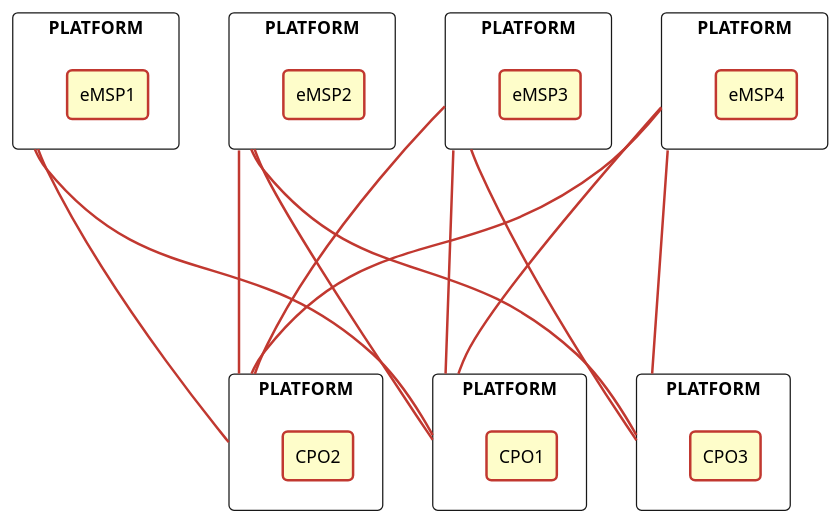
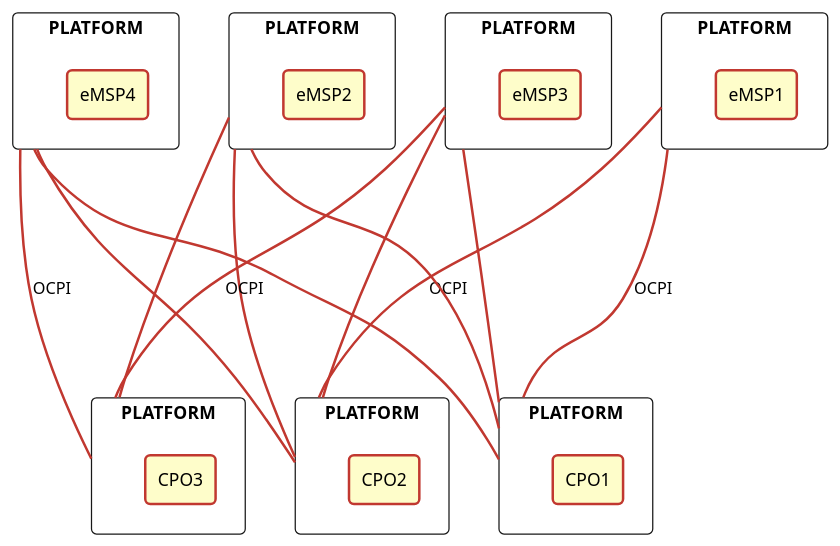
The diagram in docs/03-supported-topologies/03-multiple-peer-to-peer-connections.md (aasanchez/ev-protocols), drawn with PlantUML before and after one commit. The commit also changed 2 other files, not shown here.

Commit message:
More content in transport and format

````diff
--- a/docs/03-supported-topologies/03-multiple-peer-to-peer-connections.md
+++ b/docs/03-supported-topologies/03-multiple-peer-to-peer-connections.md
@@ -11,63 +11,63 @@
 ```plantuml Figure 2. Multiple peer-to-peer topology example
 @startuml
 
 skinparam backgroundColor transparent
 skinparam ArrowColor      #c13830
 skinparam ArrowThickness  2
 skinparam ranksep 250
 
 skinparam agent {
   BackgroundColor   #fefdca
   BorderColor       #c13830
   BorderThickness   2
   roundCorner       8
   roundCorner 8
 }
 
 skinparam rectangle {
   BackgroundColor #fff
   roundCorner 8
 }
 
 rectangle PLATFORM as eMSPP1 {
   agent eMSP1
 }
 
 rectangle PLATFORM as eMSPP2 {
   agent eMSP2
 }
 
 rectangle PLATFORM as eMSPP3 {
   agent eMSP3
 }
 
 rectangle PLATFORM as eMSPP4 {
   agent eMSP4
 }
 
 rectangle PLATFORM as CPOP1 {
   agent CPO1
 }
 
 rectangle PLATFORM as CPOP2 {
   agent CPO2
 }
 
 rectangle PLATFORM as CPOP3 {
   agent CPO3
 }
 
-eMSPP1 -- CPOP1
+eMSPP1 -- CPOP1 : OCPI
 eMSPP2 -- CPOP2
-eMSPP1 -- CPOP2
+eMSPP1 -- CPOP2 : OCPI
 eMSPP2 -- CPOP1
 eMSPP2 -- CPOP3
 eMSPP3 -- CPOP1
 eMSPP3 -- CPOP2
-eMSPP3 -- CPOP3
+eMSPP3 -- CPOP3 : OCPI
 eMSPP4 -- CPOP1
 eMSPP4 -- CPOP2
-eMSPP4 -- CPOP3
+eMSPP4 -- CPOP3 : OCPI
 
 @enduml
 ```
````
